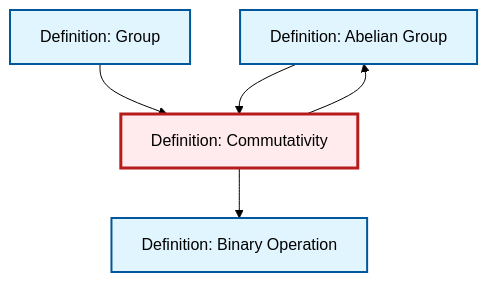
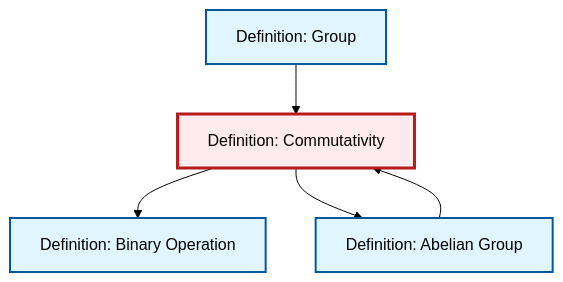
One commit to RK0429/ModernMath changed the diagram in content/en/algebra/def-commutativity.qmd. Above: the diagram before and after it, drawn with Mermaid (forest theme). The commit also changed other lines of this file and 554 other files, not shown here.

````diff
--- a/content/en/algebra/def-commutativity.qmd
+++ b/content/en/algebra/def-commutativity.qmd
@@ -93,21 +93,21 @@
 ```{mermaid}
 %%| fig-cap: "Local dependency graph"
 graph TD
     classDef definition fill:#e1f5fe,stroke:#01579b,stroke-width:2px
     classDef theorem fill:#f3e5f5,stroke:#4a148c,stroke-width:2px
     classDef axiom fill:#fff3e0,stroke:#e65100,stroke-width:2px
     classDef example fill:#e8f5e9,stroke:#1b5e20,stroke-width:2px
     classDef current fill:#ffebee,stroke:#b71c1c,stroke-width:3px
+    def-group["Definition: Group"]:::definition
+    def-abelian-group["Definition: Abelian Group"]:::definition
+    def-commutativity["Definition: Commutativity"]:::definition
     def-binary-operation["Definition: Binary Operation"]:::definition
-    def-abelian-group["Definition: Abelian Group"]:::definition
-    def-group["Definition: Group"]:::definition
-    def-commutativity["Definition: Commutativity"]:::definition
-    def-commutativity --> def-abelian-group
     def-commutativity --> def-binary-operation
     def-group --> def-commutativity
     def-abelian-group --> def-commutativity
+    def-commutativity --> def-abelian-group
     class def-commutativity current
+    click def-group "def-group.html" "Go to Group definition"
+    click def-abelian-group "def-abelian-group.html" "Go to Abelian Group definition"
     click def-binary-operation "def-binary-operation.html" "Go to Binary Operation definition"
-    click def-abelian-group "def-abelian-group.html" "Go to Abelian Group definition"
-    click def-group "def-group.html" "Go to Group definition"
 ```
````
